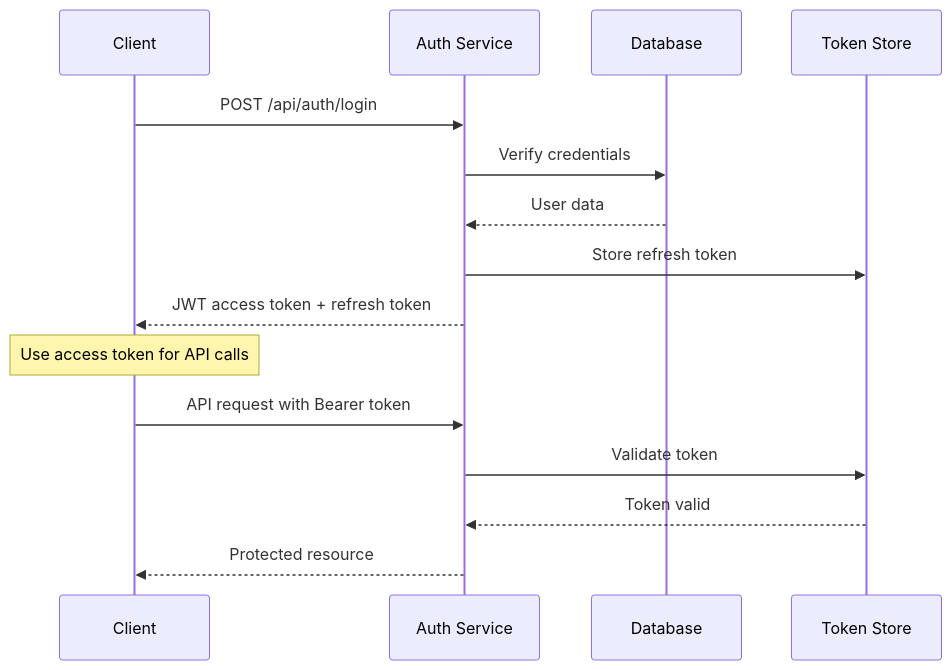
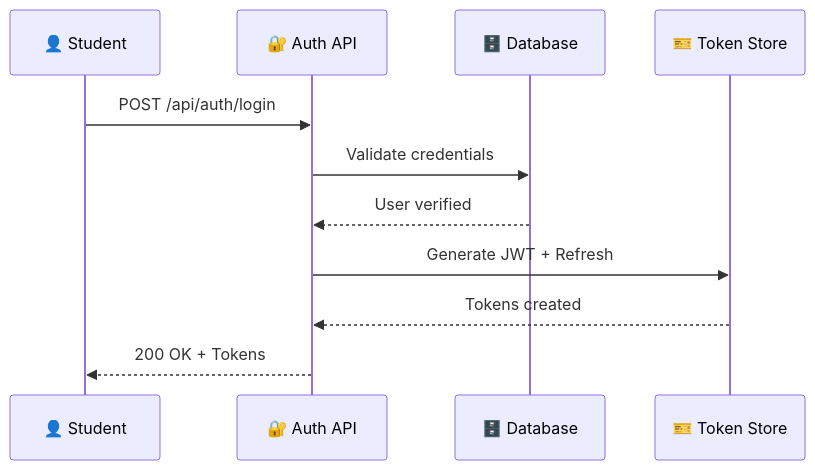
Before and after one commit to shuv-amp/TestLoom: the second of 2 diagrams in docs/api/authentication.md, drawn with Mermaid. The commit also changed other lines of this file, not shown here.

````diff
--- a/docs/api/authentication.md
+++ b/docs/api/authentication.md
@@ -9,20 +105,14 @@
 ```mermaid
 sequenceDiagram
-    participant Client
-    participant Auth Service
-    participant Database
-    participant Token Store
+    participant Student as 👤 Student
+    participant API as 🔐 Auth API
+    participant DB as 🗄️ Database
+    participant Token as 🎫 Token Store
 
-    Client->>Auth Service: POST /api/auth/login
-    Auth Service->>Database: Verify credentials
-    Database-->>Auth Service: User data
-    Auth Service->>Token Store: Store refresh token
-    Auth Service-->>Client: JWT access token + refresh token
-    
-    Note over Client: Use access token for API calls
-    
-    Client->>Auth Service: API request with Bearer token
-    Auth Service->>Token Store: Validate token
-    Token Store-->>Auth Service: Token valid
-    Auth Service-->>Client: Protected resource
+    Student->>API: POST /api/auth/login
+    API->>DB: Validate credentials
+    DB-->>API: User verified
+    API->>Token: Generate JWT + Refresh
+    Token-->>API: Tokens created
+    API-->>Student: 200 OK + Tokens
 ```
````
